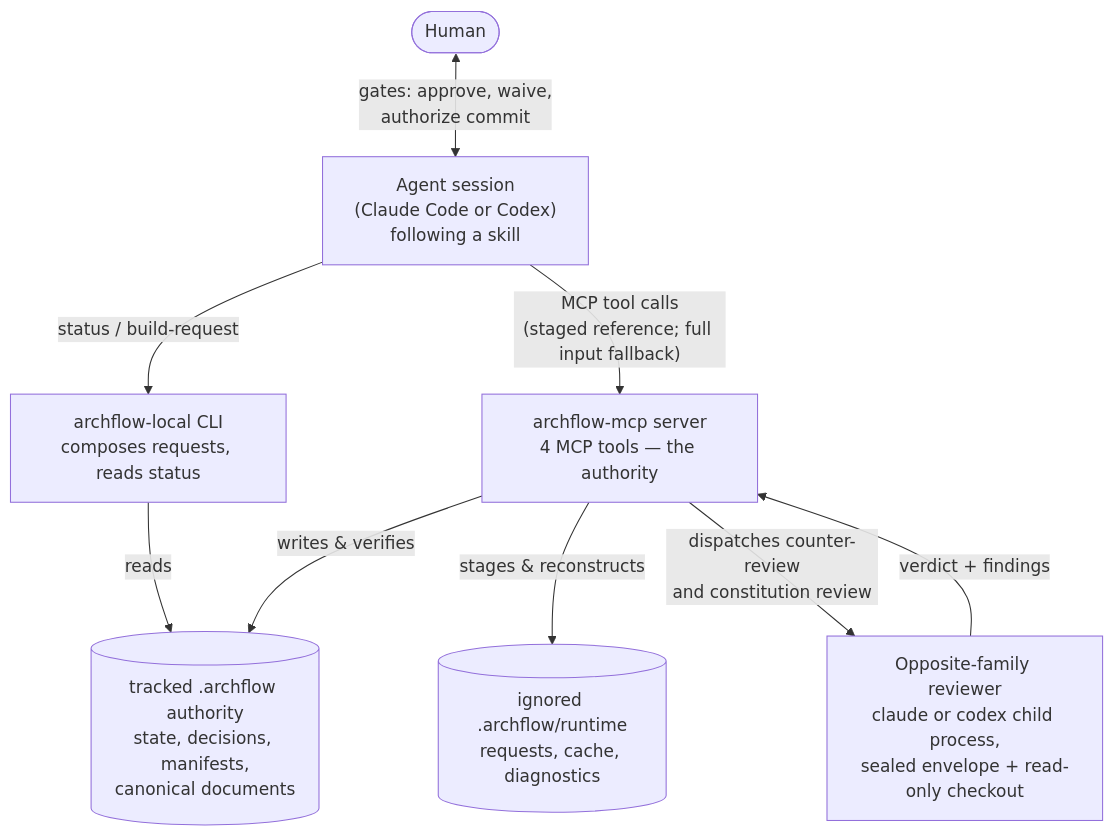
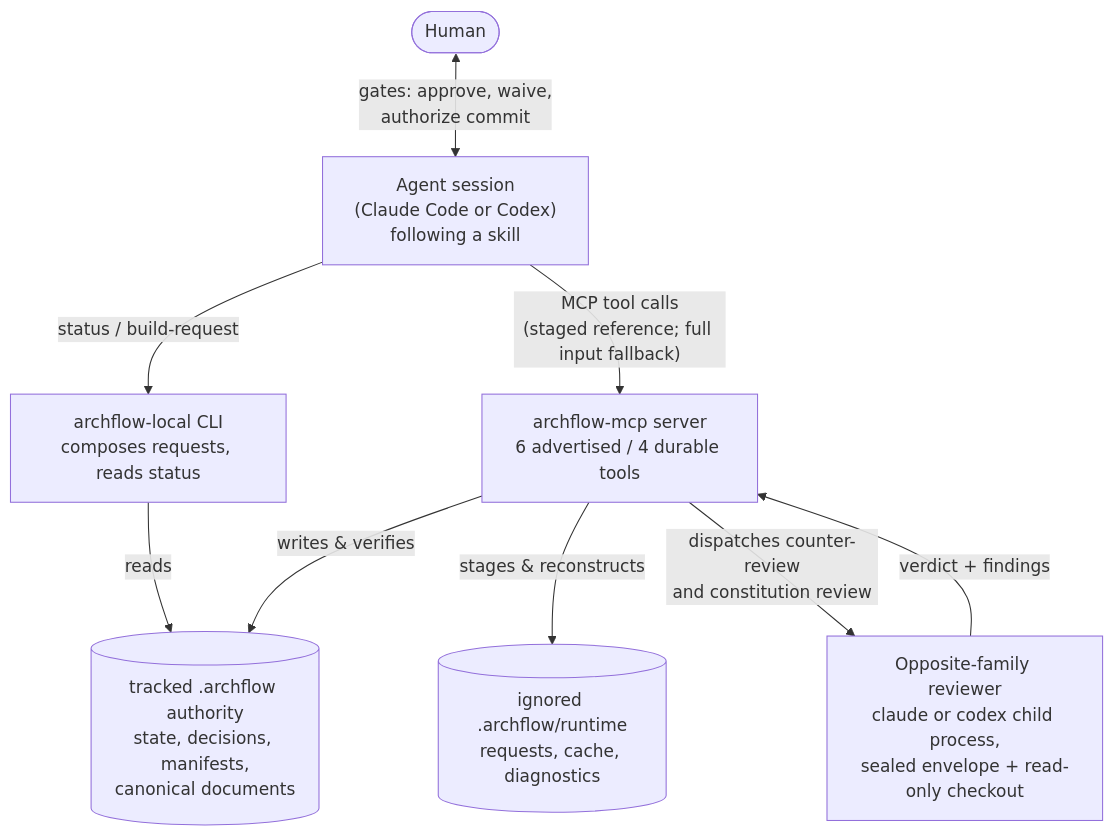
Before and after one commit to Aroton/ArchflowV2: the first of 2 diagrams in docs/OVERVIEW.md, drawn with Mermaid. The commit also changed other lines of this file and 51 other files, not shown here.

````diff
--- a/docs/OVERVIEW.md
+++ b/docs/OVERVIEW.md
@@ -25,19 +25,19 @@
 ```mermaid
 flowchart TB
     Human([Human])
     Agent["Agent session<br/>(Claude Code or Codex)<br/>following a skill"]
     Local["archflow-local CLI<br/>composes requests, reads status"]
-    MCP["archflow-mcp server<br/>4 MCP tools — the authority"]
+    MCP["archflow-mcp server<br/>6 advertised / 4 durable tools"]
     State[("tracked .archflow authority<br/>state, decisions, manifests,<br/>canonical documents")]
     Work[("ignored .archflow/runtime<br/>requests, cache, diagnostics")]
     Child["Opposite-family reviewer<br/>claude or codex child process,<br/>sealed envelope + read-only checkout"]
 
     Human <-->|"gates: approve, waive,<br/>authorize commit"| Agent
     Agent -->|"status / build-request"| Local
     Local -->|"reads"| State
     Agent -->|"MCP tool calls<br/>(staged reference; full input fallback)"| MCP
     MCP -->|"writes & verifies"| State
     MCP -->|"stages & reconstructs"| Work
     MCP -->|"dispatches counter-review<br/>and constitution review"| Child
     Child -->|"verdict + findings"| MCP
 ```
````
